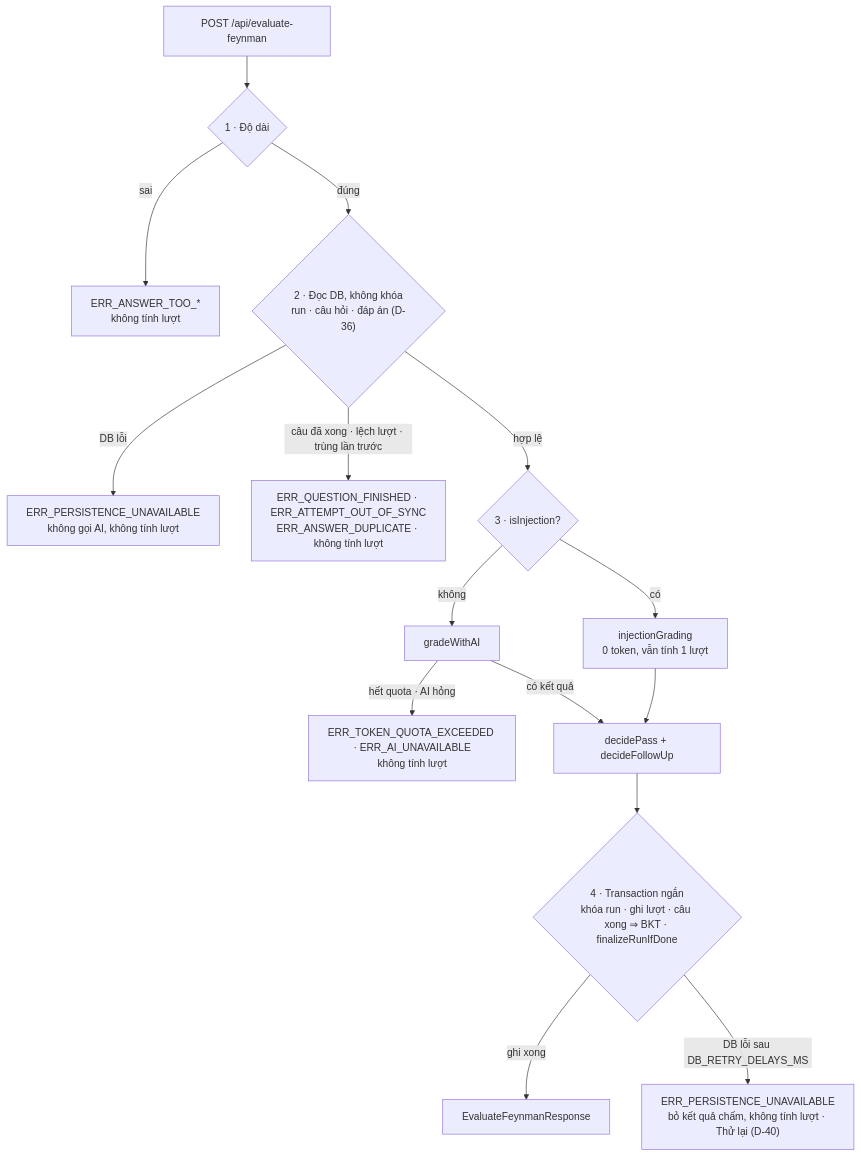
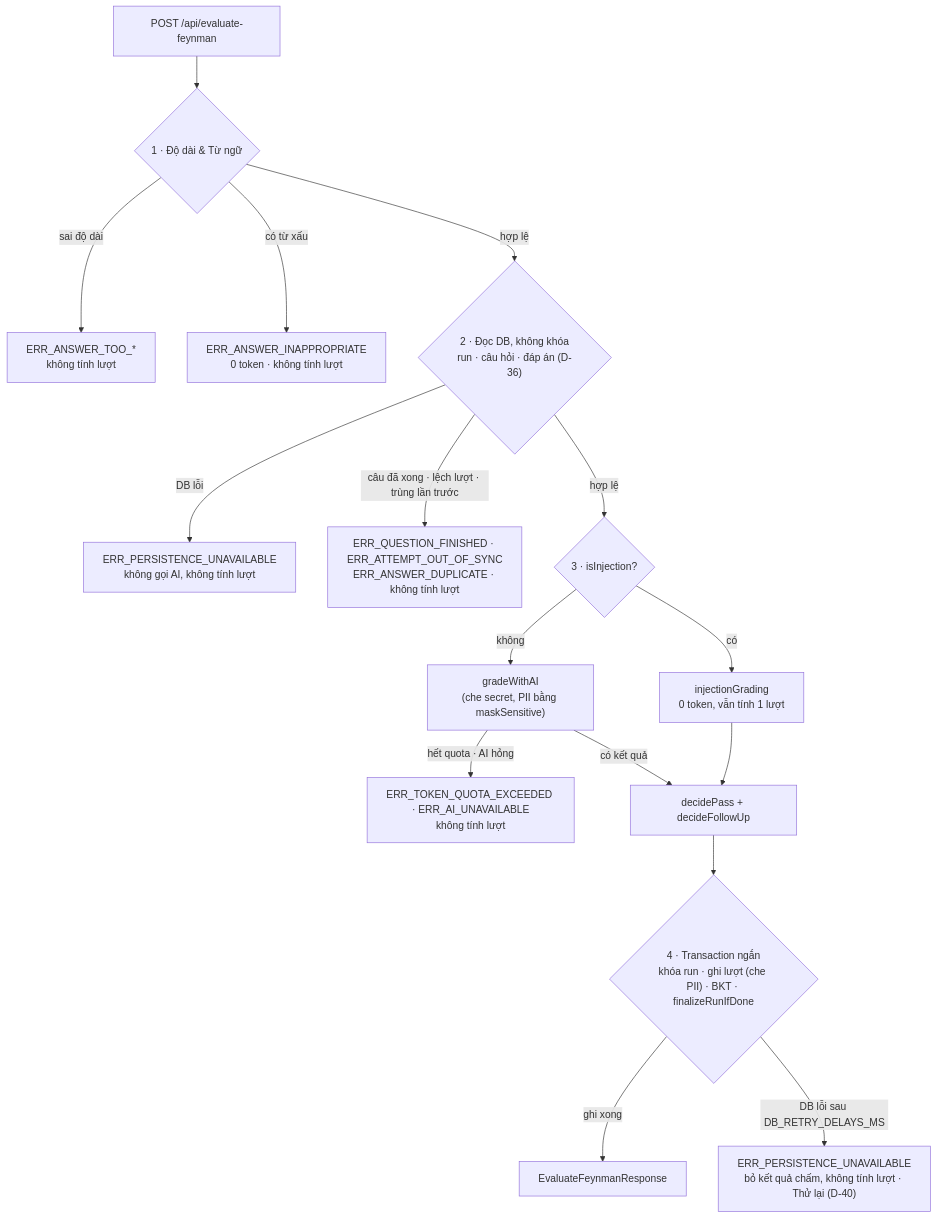
Before and after one commit to huynhthanhnhannnh-pixel/Hackathon_SGU: the third of 3 diagrams in spec/03_API_VA_LUU_TRU.md, drawn with Mermaid. The commit also changed other lines of this file and 6 other files, not shown here.

````diff
--- a/spec/03_API_VA_LUU_TRU.md
+++ b/spec/03_API_VA_LUU_TRU.md
@@ -317,17 +320,18 @@
 ```mermaid
 flowchart TD
-  A["POST /api/evaluate-feynman"] --> B{"1 · Độ dài"}
-  B -- "sai" --> EB["ERR_ANSWER_TOO_*<br/>không tính lượt"]
-  B -- "đúng" --> C{"2 · Đọc DB, không khóa<br/>run · câu hỏi · đáp án (D-36)"}
+  A["POST /api/evaluate-feynman"] --> B{"1 · Độ dài & Từ ngữ"}
+  B -- "sai độ dài" --> EB["ERR_ANSWER_TOO_*<br/>không tính lượt"]
+  B -- "có từ xấu" --> EIN["ERR_ANSWER_INAPPROPRIATE<br/>0 token · không tính lượt"]
+  B -- "hợp lệ" --> C{"2 · Đọc DB, không khóa<br/>run · câu hỏi · đáp án (D-36)"}
   C -- "DB lỗi" --> EC["ERR_PERSISTENCE_UNAVAILABLE<br/>không gọi AI, không tính lượt"]
   C -- "câu đã xong · lệch lượt · trùng lần trước" --> ED["ERR_QUESTION_FINISHED · ERR_ATTEMPT_OUT_OF_SYNC<br/>ERR_ANSWER_DUPLICATE · không tính lượt"]
   C -- "hợp lệ" --> D{"3 · isInjection?"}
   D -- "có" --> D1["injectionGrading<br/>0 token, vẫn tính 1 lượt"]
-  D -- "không" --> D2["gradeWithAI"]
+  D -- "không" --> D2["gradeWithAI<br/>(che secret, PII bằng maskSensitive)"]
   D2 -- "hết quota · AI hỏng" --> EE["ERR_TOKEN_QUOTA_EXCEEDED · ERR_AI_UNAVAILABLE<br/>không tính lượt"]
   D1 --> F["decidePass + decideFollowUp"]
   D2 -- "có kết quả" --> F
-  F --> G{"4 · Transaction ngắn<br/>khóa run · ghi lượt · câu xong ⇒ BKT · finalizeRunIfDone"}
+  F --> G{"4 · Transaction ngắn<br/>khóa run · ghi lượt (che PII) · BKT · finalizeRunIfDone"}
   G -- "ghi xong" --> OK["EvaluateFeynmanResponse"]
   G -- "DB lỗi sau DB_RETRY_DELAYS_MS" --> RC["ERR_PERSISTENCE_UNAVAILABLE<br/>bỏ kết quả chấm, không tính lượt · Thử lại (D-40)"]
 ```
````
